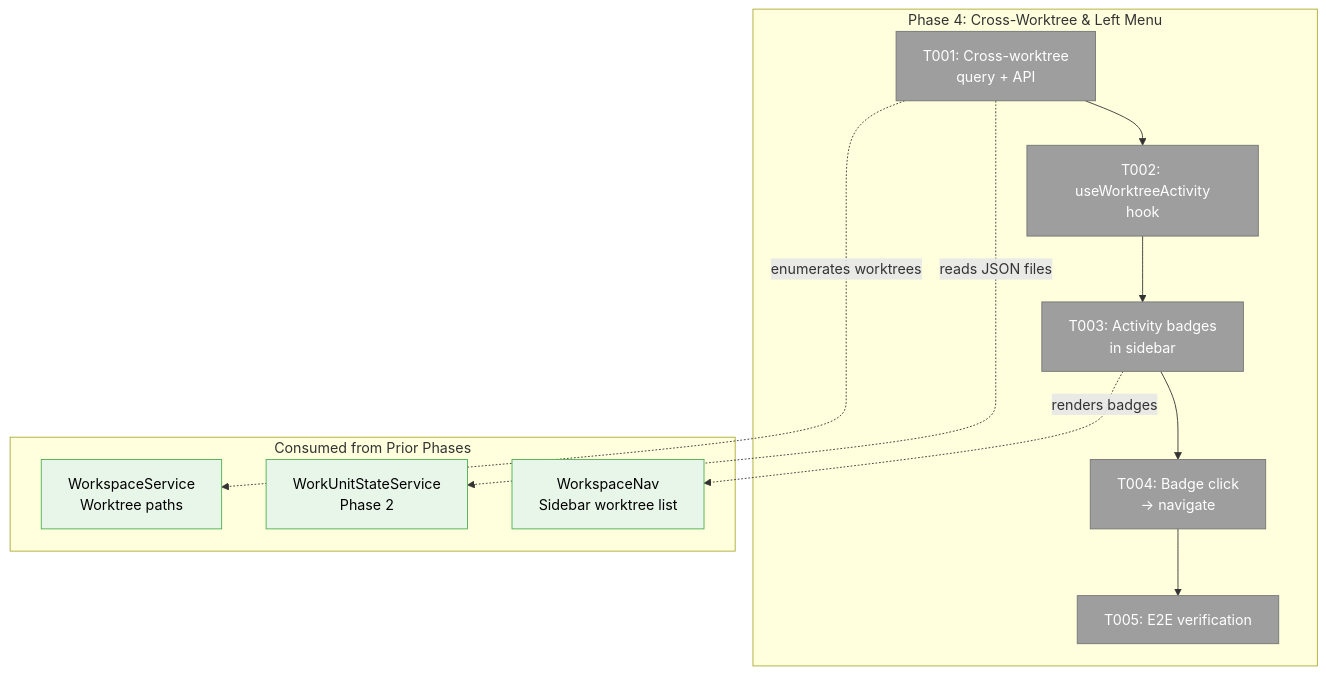
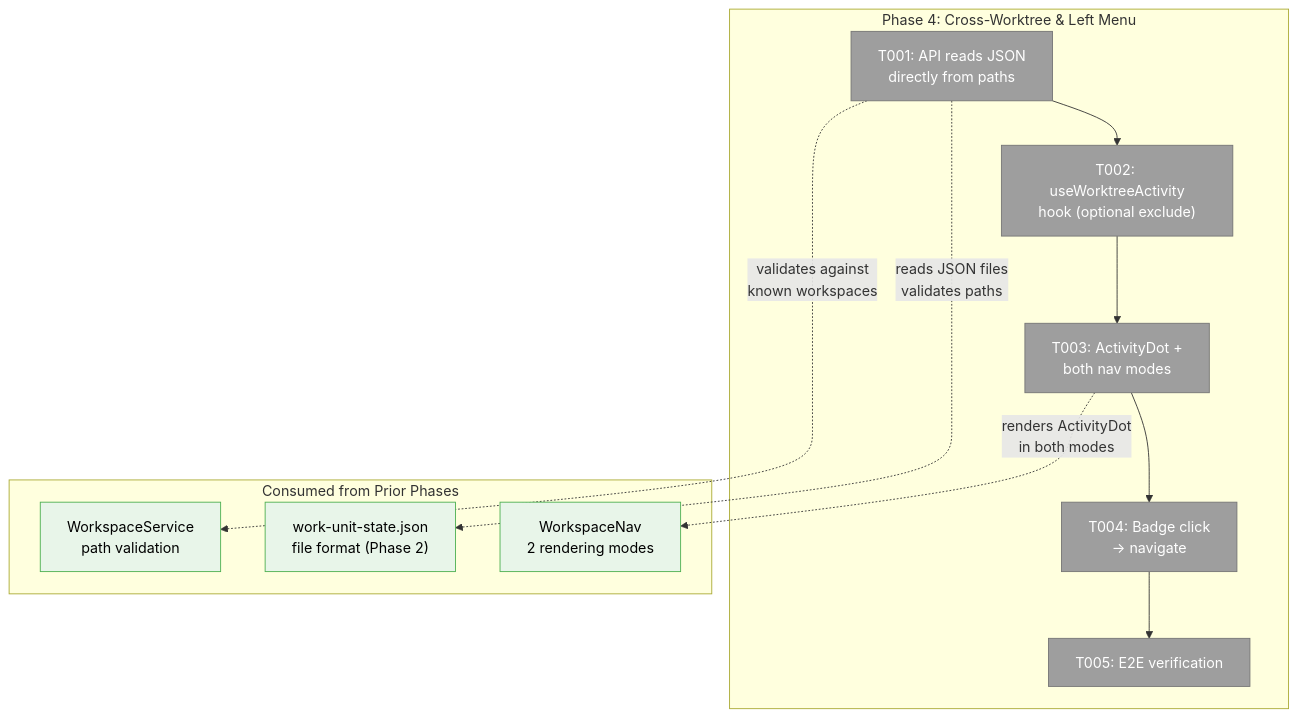
Before and after one commit to AI-Substrate/chainglass: the first of 3 diagrams in docs/plans/059-fix-agents/tasks/phase-4-cross-worktree-left-menu/tasks.md, drawn with Mermaid. The commit also changed other lines of this file and 1 other file, not shown here.

First line of the commit message:
Amend Phase 4 dossier with DYK-P4-01 through DYK-P4-05 findings

````diff
--- a/docs/plans/059-fix-agents/tasks/phase-4-cross-worktree-left-menu/tasks.md
+++ b/docs/plans/059-fix-agents/tasks/phase-4-cross-worktree-left-menu/tasks.md
@@ -73,28 +71,28 @@
 ```mermaid
 flowchart TD
     classDef pending fill:#9E9E9E,stroke:#757575,color:#fff
     classDef existing fill:#E8F5E9,stroke:#4CAF50,color:#000
 
     subgraph Phase4["Phase 4: Cross-Worktree & Left Menu"]
-        T001["T001: Cross-worktree<br/>query + API"]:::pending
-        T002["T002: useWorktreeActivity<br/>hook"]:::pending
-        T003["T003: Activity badges<br/>in sidebar"]:::pending
+        T001["T001: API reads JSON<br/>directly from paths"]:::pending
+        T002["T002: useWorktreeActivity<br/>hook (optional exclude)"]:::pending
+        T003["T003: ActivityDot +<br/>both nav modes"]:::pending
         T004["T004: Badge click<br/>→ navigate"]:::pending
         T005["T005: E2E verification"]:::pending
 
         T001 --> T002
         T002 --> T003
         T003 --> T004
         T004 --> T005
     end
 
     subgraph Consumed["Consumed from Prior Phases"]
-        WUS["WorkUnitStateService<br/>Phase 2"]:::existing
-        NAV["WorkspaceNav<br/>Sidebar worktree list"]:::existing
-        WS["WorkspaceService<br/>Worktree paths"]:::existing
+        JSON["work-unit-state.json<br/>file format (Phase 2)"]:::existing
+        NAV["WorkspaceNav<br/>2 rendering modes"]:::existing
+        WS["WorkspaceService<br/>path validation"]:::existing
     end
 
-    T001 -.->|"reads JSON files"| WUS
-    T003 -.->|"renders badges"| NAV
-    T001 -.->|"enumerates worktrees"| WS
+    T001 -.->|"reads JSON files<br/>validates paths"| JSON
+    T001 -.->|"validates against<br/>known workspaces"| WS
+    T003 -.->|"renders ActivityDot<br/>in both modes"| NAV
 ```
````
